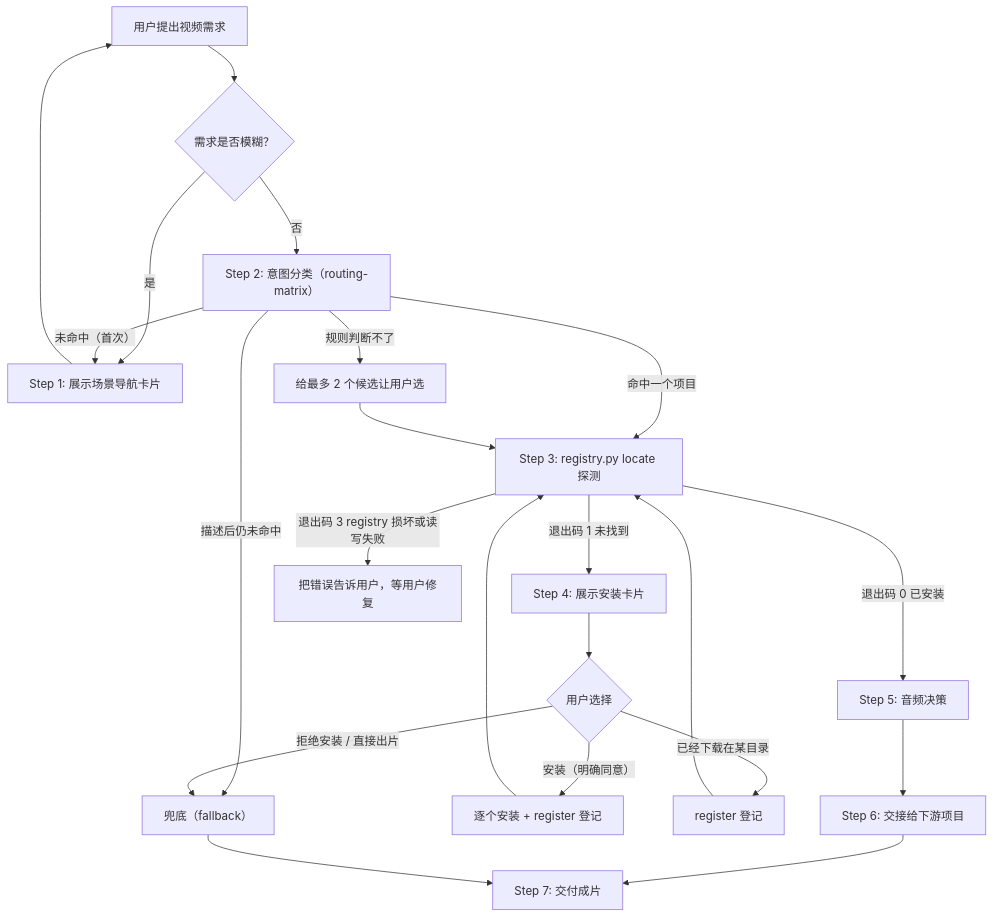
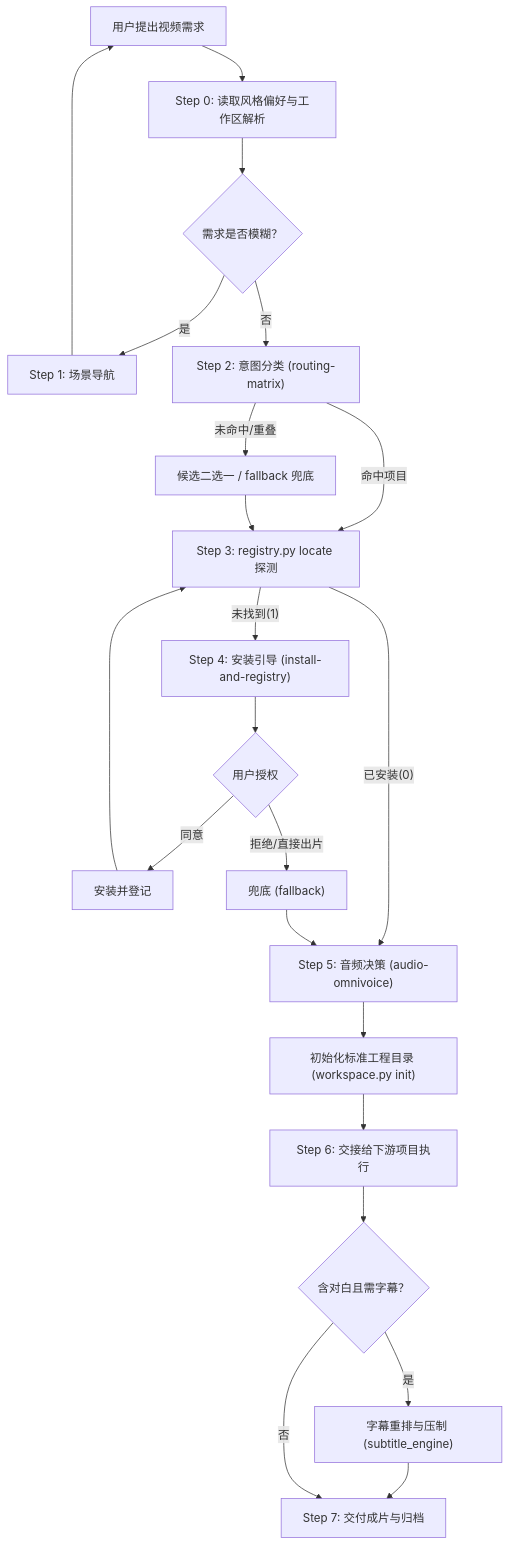
The diagram in lib/skills/leo-video-router/SKILL.md (zlpawn/shrimp), drawn with Mermaid before and after one commit. The commit also changed other lines of this file and 5 other files, not shown here.

Commit message:
feat(leo-video-router): add subtitle engine, standards and workspace persistence

````diff
--- a/lib/skills/leo-video-router/SKILL.md
+++ b/lib/skills/leo-video-router/SKILL.md
@@ -22,21 +29,18 @@
 ```mermaid
 flowchart TD
-    A["用户提出视频需求"] --> B{"需求是否模糊？"}
-    B -- "是" --> C["Step 1: 展示场景导航卡片"]
-    C --> A
-    B -- "否" --> D["Step 2: 意图分类（routing-matrix）"]
-    D -- "命中一个项目" --> G["Step 3: registry.py locate 探测"]
-    D -- "规则判断不了" --> Q["给最多 2 个候选让用户选"] --> G
-    D -- "未命中（首次）" --> C
-    D -- "描述后仍未命中" --> F["兜底（fallback）"]
-    G -- "退出码 0 已安装" --> H["Step 5: 音频决策"]
-    G -- "退出码 1 未找到" --> I["Step 4: 展示安装卡片"]
-    G -- "退出码 3 registry 损坏或读写失败" --> X["把错误告诉用户，等用户修复"]
-    I --> J{"用户选择"}
-    J -- "安装（明确同意）" --> K["逐个安装 + register 登记"] --> G
-    J -- "已经下载在某目录" --> R["register 登记"] --> G
-    J -- "拒绝安装 / 直接出片" --> F
-    H --> L["Step 6: 交接给下游项目"]
-    L --> M["Step 7: 交付成片"]
-    F --> M
+    A["用户提出视频需求"] --> Step0["Step 0: 读取风格偏好与工作区解析"]
+    Step0 --> B{"需求是否模糊？"}
+    B -- "是" --> C["Step 1: 场景导航"] --> A
+    B -- "否" --> D["Step 2: 意图分类 (routing-matrix)"]
+    D -- "命中项目" --> G["Step 3: registry.py locate 探测"]
+    D -- "未命中/重叠" --> Q["候选二选一 / fallback 兜底"] --> G
+    G -- "已安装(0)" --> H["Step 5: 音频决策 (audio-omnivoice)"]
+    G -- "未找到(1)" --> I["Step 4: 安装引导 (install-and-registry)"]
+    I --> J{"用户授权"} -- "同意" --> K["安装并登记"] --> G
+    J -- "拒绝/直接出片" --> F["兜底 (fallback)"] --> H
+    H --> Init["初始化标准工程目录 (workspace.py init)"]
+    Init --> L["Step 6: 交接给下游项目执行"]
+    L --> S{"含对白且需字幕？"}
+    S -- "是" --> N["字幕重排与压制 (subtitle_engine)"] --> M["Step 7: 交付成片与归档"]
+    S -- "否" --> M
 ```
````
